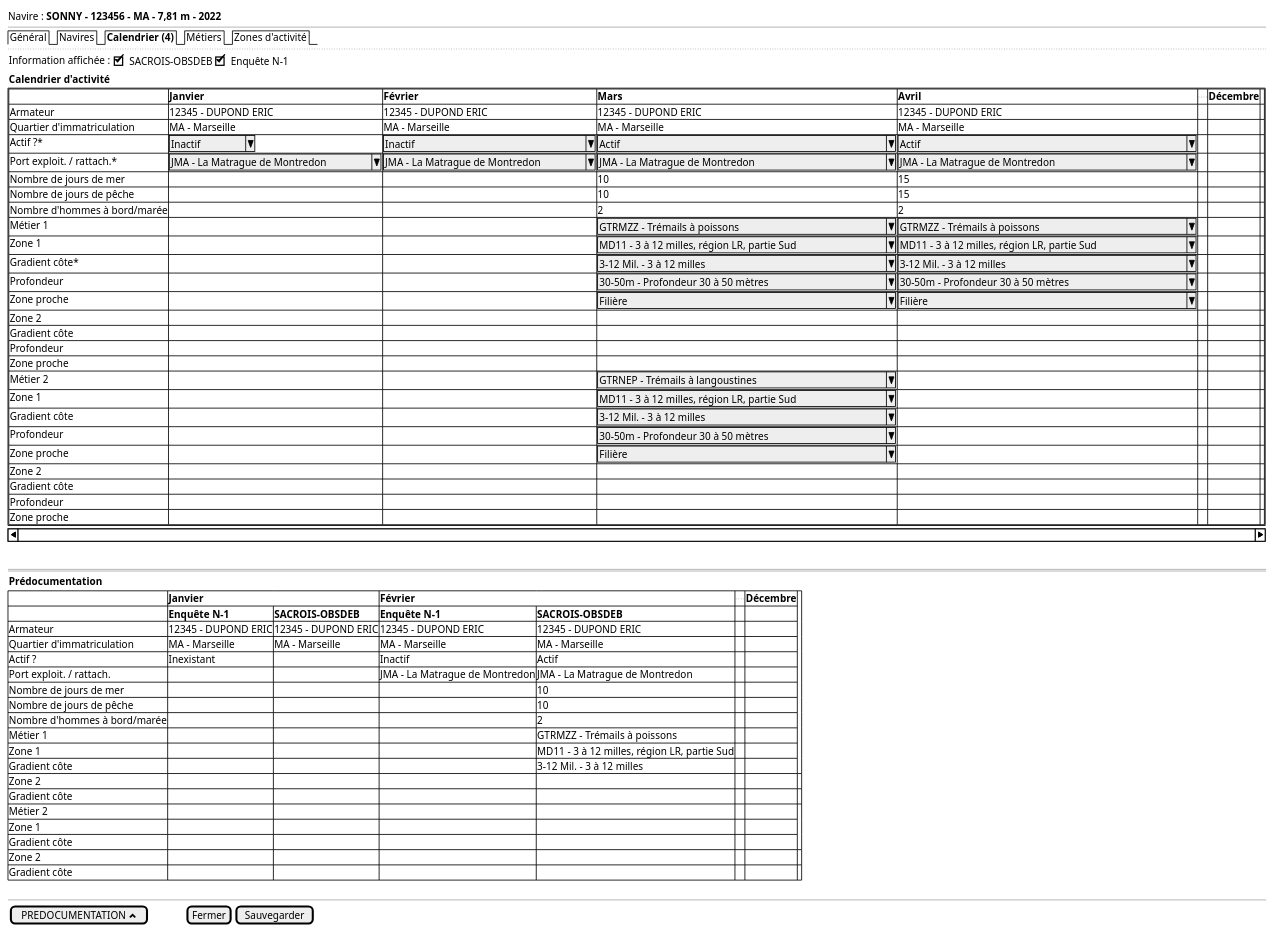
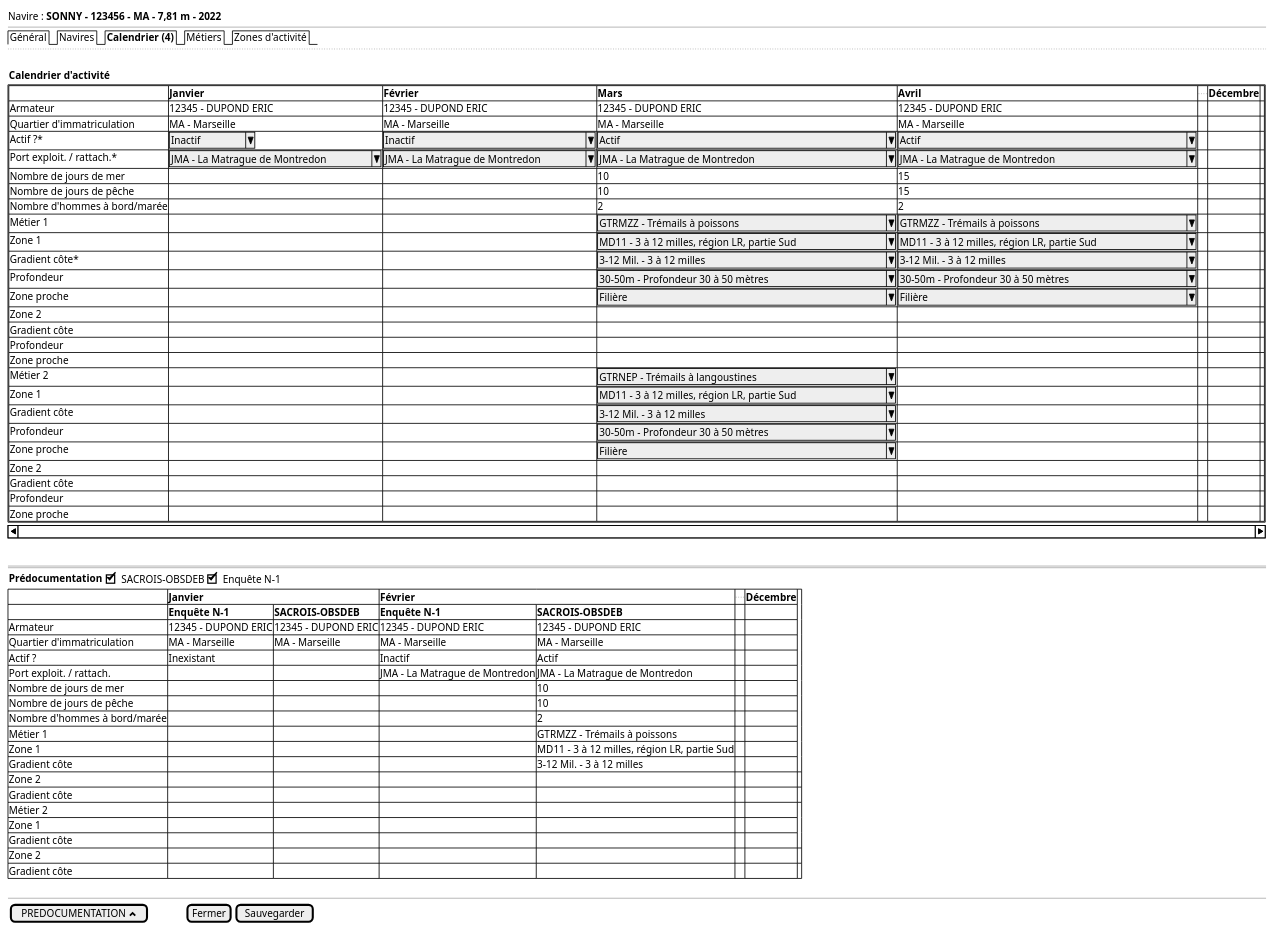
The diagram in projects/activity-calendar/spe/images/activity-calendar-new.puml (sumaris-net/sumaris-doc), drawn with PlantUML before and after one commit. The commit also changed 1 other file, not shown here.

```diff
--- a/projects/activity-calendar/spe/images/activity-calendar-new.puml
+++ b/projects/activity-calendar/spe/images/activity-calendar-new.puml
@@ -1,69 +1,69 @@
 @startsalt
 {
   Navire : <b>SONNY - 123456 - MA - 7,81 m - 2022
   --
   {/ Général | Navires | <b>Calendrier (4) | Métiers | Zones d'activité}
   ..
+  .
 
-  {Information affichée :  {[X]SACROIS-OBSDEB | [X]Enquête N-1 }}
 
   {<b>Calendrier d'activité}
 	{S-
 	{#
      . | <b>Janvier | <b>Février | <b>Mars | <b>Avril| ... | <b>Décembre
      Armateur | 12345 - DUPOND ERIC | 12345 - DUPOND ERIC | 12345 - DUPOND ERIC | 12345 - DUPOND ERIC | . | . | .
      Quartier d'immatriculation | MA - Marseille | MA - Marseille | MA - Marseille | MA - Marseille | . | . | .
      Actif ?* | ^Inactif    ^| ^Inactif                       ^| ^Actif                                      ^ | ^Actif                                      ^| . | . | .
      Port exploit. / rattach.* | ^JMA - La Matrague de Montredon^ | ^JMA - La Matrague de Montredon^ | ^JMA - La Matrague de Montredon             ^ | ^JMA - La Matrague de Montredon             ^| . | . | .
      Nombre de jours de mer | . | . | 10 | 15 | . | . | .
      Nombre de jours de pêche | . | . | 10 | 15 | . | . | .
      Nombre d'hommes à bord/marée | . | . | 2 | 2 | . | . | .
      Métier 1 | . | . | ^GTRMZZ - Trémails à poissons               ^ | ^GTRMZZ - Trémails à poissons               ^ | . | . | .
      Zone 1 | . | . | ^MD11 - 3 à 12 milles, région LR, partie Sud^| ^MD11 - 3 à 12 milles, région LR, partie Sud^ | . | . | .
      Gradient côte* | . | . | ^3-12 Mil. - 3 à 12 milles                  ^| ^3-12 Mil. - 3 à 12 milles                  ^ | . | . | .
      Profondeur | . | . | ^30-50m - Profondeur 30 à 50 mètres         ^ | ^30-50m - Profondeur 30 à 50 mètres         ^ | . | . | .
      Zone proche | . | . | ^Filière                                    ^ | ^Filière                                    ^ | . | . | .
      Zone 2 | . | . | . | . | . | .
      Gradient côte | . | . | . | . | . | . | .
      Profondeur | . | . | . | . | . | . | .
      Zone proche | . | . | . | . | . | . | .
      Métier 2 | . | . | ^GTRNEP - Trémails à langoustines           ^ | . | . | . | .
      Zone 1 | . | . | ^MD11 - 3 à 12 milles, région LR, partie Sud^|.| . | . | .
      Gradient côte | . | . | ^3-12 Mil. - 3 à 12 milles                  ^|.| . | . | .
      Profondeur | . | . | ^30-50m - Profondeur 30 à 50 mètres         ^|.| . | . | .
      Zone proche | . | . | ^Filière                                    ^|.| . | . | .
      Zone 2 | . | . | . | . | . | . | .
      Gradient côte | . | . | . | . | . | . | .
      Profondeur | . | . | . | . | . | . | .
      Zone proche | . | . | . | . | . | . | .
     }
     }
     .
     ==
-  {<b>Prédocumentation}
+  {<b>Prédocumentation</b> {[X]SACROIS-OBSDEB | [X]Enquête N-1 }}
   	{#
      . | <b>Janvier | * | <b>Février | * | ... | <b>Décembre
      . | <b>Enquête N-1 | <b>SACROIS-OBSDEB | <b>Enquête N-1 | <b>SACROIS-OBSDEB | . | .
      Armateur | 12345 - DUPOND ERIC | 12345 - DUPOND ERIC | 12345 - DUPOND ERIC | 12345 - DUPOND ERIC | . | .
      Quartier d'immatriculation | MA - Marseille | MA - Marseille | MA - Marseille | MA - Marseille | . | .
      Actif ? | Inexistant | . | Inactif | Actif | . | .
      Port exploit. / rattach. | . | . | JMA - La Matrague de Montredon | JMA - La Matrague de Montredon | . | .
      Nombre de jours de mer | . | . | . | 10 | . | .
      Nombre de jours de pêche | . | . | . | 10 | . | .
      Nombre d'hommes à bord/marée | . | . | . | 2 | . | .
      Métier 1 | . | . | .| GTRMZZ - Trémails à poissons | . | .
      Zone 1 | . | . | .| MD11 - 3 à 12 milles, région LR, partie Sud | . | .
      Gradient côte | . | . | .| 3-12 Mil. - 3 à 12 milles | . | .
      Zone 2 | . | . | . | . | . | . | .
      Gradient côte | . | . | . | . | . | . | .
      Métier 2 | . | . | . | . | . | .
      Zone 1 | . | . | . | . | . | .
      Gradient côte | . | . | . | . | . | .
      Zone 2 | . | . | . | . | . | . | .
      Gradient côte | . | . | . | . | . | . | .
      }
      .
   --
   { [PREDOCUMENTATION <&chevron-top> ] | . | . | . | . | . | . | . | . | [Fermer] | [Sauvegarder] }
 }
 @endsalt
```
